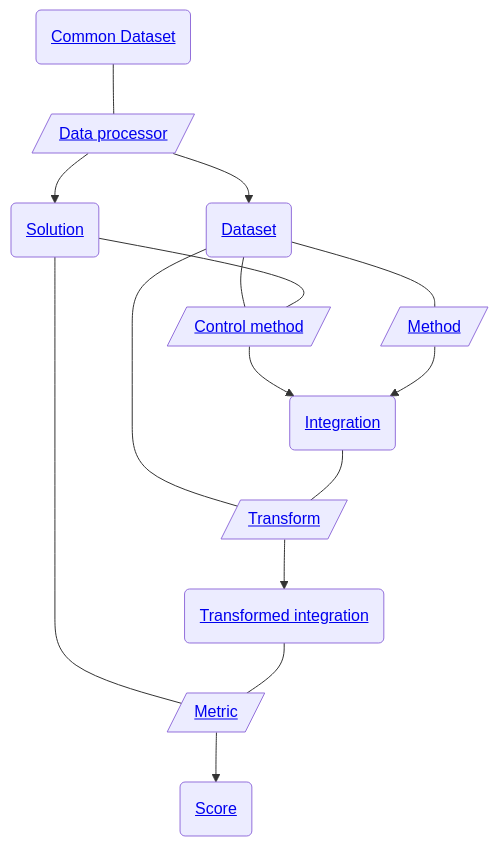
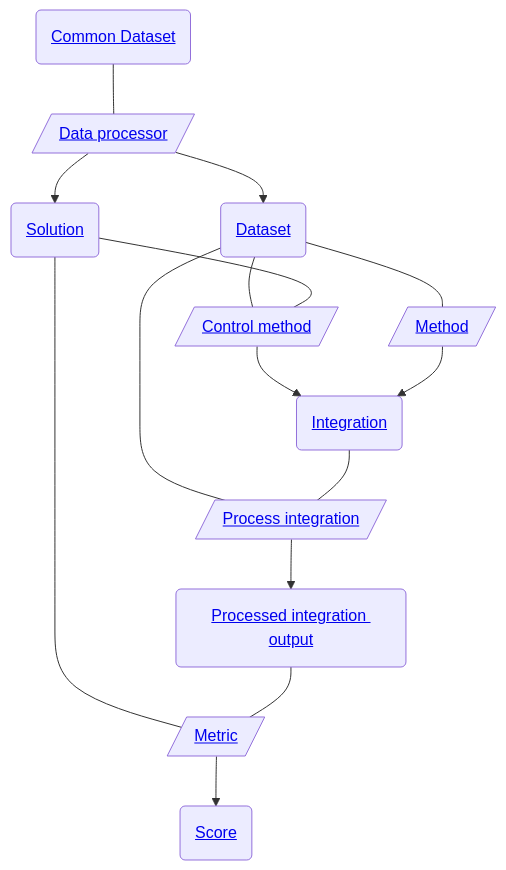
The diagram in README.md (openproblems-bio/task_batch_integration), drawn with Mermaid before and after one commit. The commit also changed other lines of this file, not shown here.

````diff
--- a/README.md
+++ b/README.md
@@ -61,28 +61,28 @@
 ``` mermaid
 flowchart TB
   file_common_dataset("<a href='https://github.com/openproblems-bio/task_batch_integration#file-format-common-dataset'>Common Dataset</a>")
   comp_process_dataset[/"<a href='https://github.com/openproblems-bio/task_batch_integration#component-type-data-processor'>Data processor</a>"/]
   file_dataset("<a href='https://github.com/openproblems-bio/task_batch_integration#file-format-dataset'>Dataset</a>")
   file_solution("<a href='https://github.com/openproblems-bio/task_batch_integration#file-format-solution'>Solution</a>")
   comp_control_method[/"<a href='https://github.com/openproblems-bio/task_batch_integration#component-type-control-method'>Control method</a>"/]
   comp_method[/"<a href='https://github.com/openproblems-bio/task_batch_integration#component-type-method'>Method</a>"/]
-  comp_transformer[/"<a href='https://github.com/openproblems-bio/task_batch_integration#component-type-transform'>Transform</a>"/]
+  comp_process_integration[/"<a href='https://github.com/openproblems-bio/task_batch_integration#component-type-process-integration'>Process integration</a>"/]
   comp_metric[/"<a href='https://github.com/openproblems-bio/task_batch_integration#component-type-metric'>Metric</a>"/]
   file_integrated("<a href='https://github.com/openproblems-bio/task_batch_integration#file-format-integration'>Integration</a>")
-  file_integrated_full("<a href='https://github.com/openproblems-bio/task_batch_integration#file-format-transformed-integration'>Transformed integration</a>")
+  file_integrated_processed("<a href='https://github.com/openproblems-bio/task_batch_integration#file-format-processed-integration-output'>Processed integration output</a>")
   file_score("<a href='https://github.com/openproblems-bio/task_batch_integration#file-format-score'>Score</a>")
   file_common_dataset---comp_process_dataset
   comp_process_dataset-->file_dataset
   comp_process_dataset-->file_solution
   file_dataset---comp_control_method
   file_dataset---comp_method
-  file_dataset---comp_transformer
+  file_dataset---comp_process_integration
   file_solution---comp_control_method
   file_solution---comp_metric
   comp_control_method-->file_integrated
   comp_method-->file_integrated
-  comp_transformer-->file_integrated_full
+  comp_process_integration-->file_integrated_processed
   comp_metric-->file_score
-  file_integrated---comp_transformer
-  file_integrated_full---comp_metric
+  file_integrated---comp_process_integration
+  file_integrated_processed---comp_metric
 ```
````
